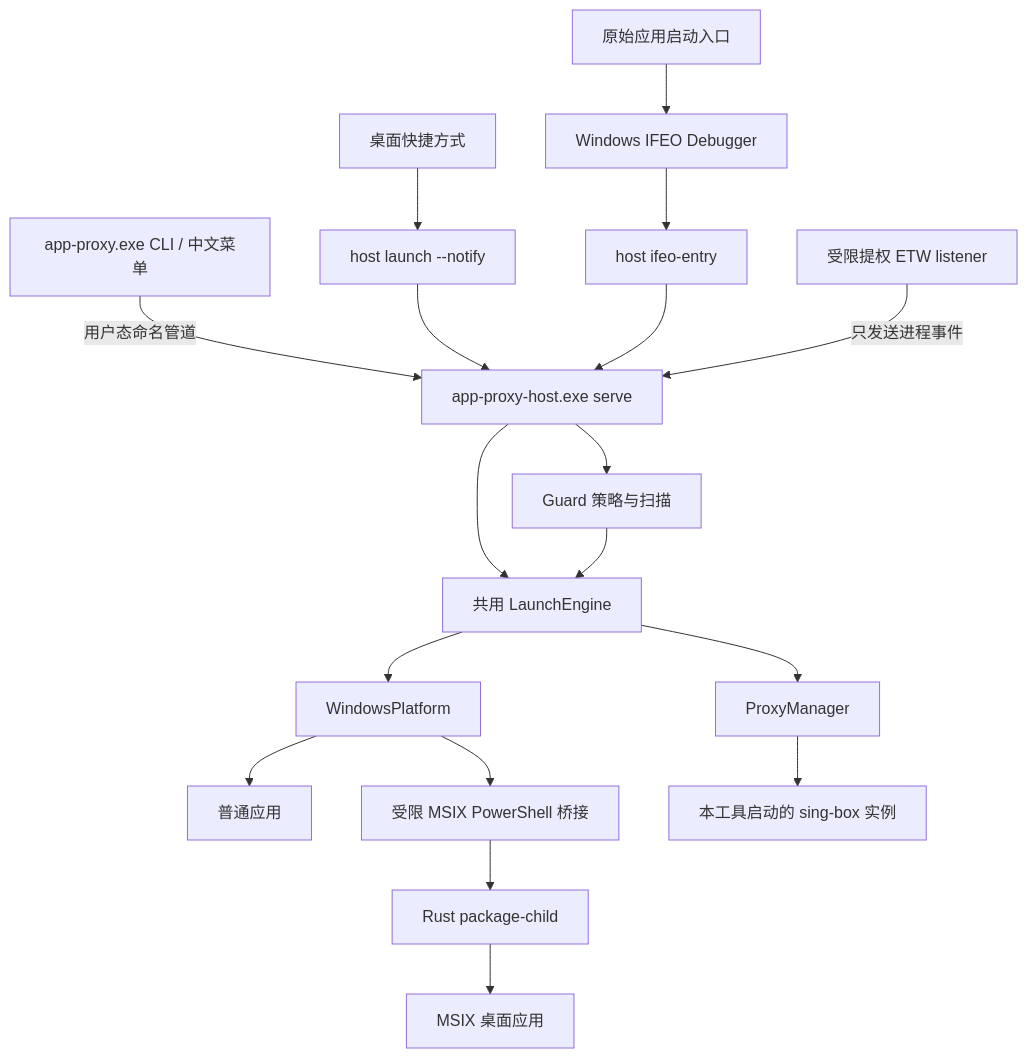
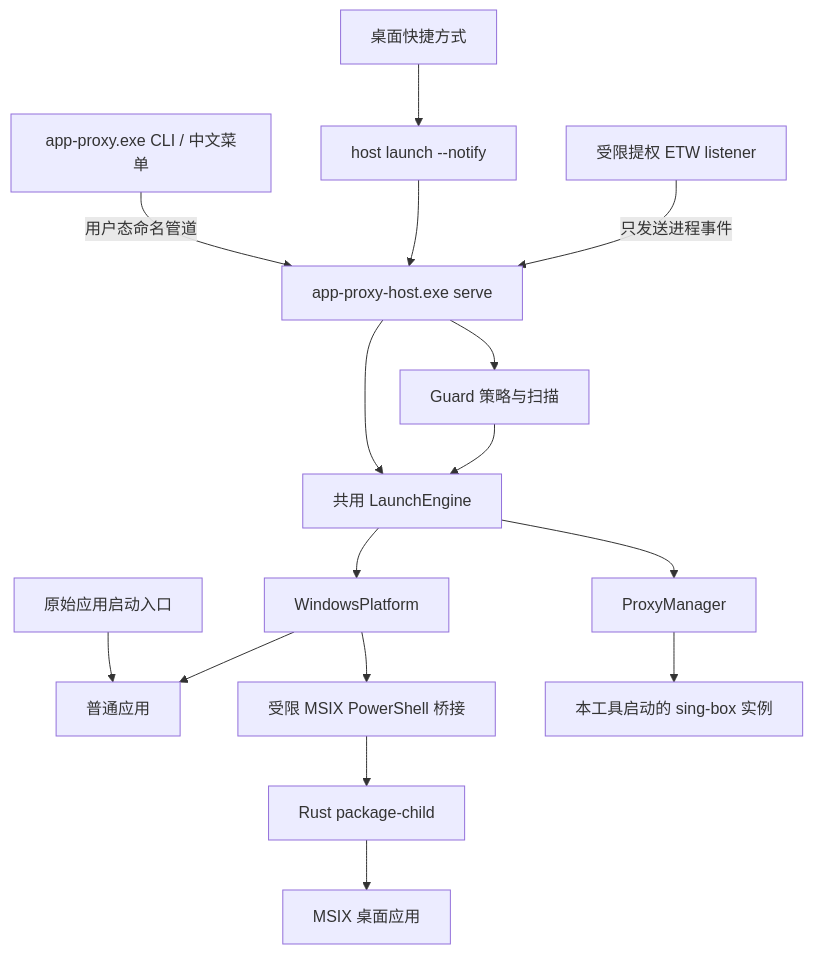
The diagram in rust/docs/01-architecture.md (Klauxs/app_proxy), drawn with Mermaid before and after one commit. The commit also changed other lines of this file and 10 other files, not shown here.

````diff
--- a/rust/docs/01-architecture.md
+++ b/rust/docs/01-architecture.md
@@ -17,20 +17,18 @@
 ```mermaid
 flowchart TD
     CLI[app-proxy.exe CLI / 中文菜单] -->|用户态命名管道| C[app-proxy-host.exe serve]
     Link[桌面快捷方式] --> H[host launch --notify]
     H --> C
-    Original[原始应用启动入口] --> IFEO[Windows IFEO Debugger]
-    IFEO --> I[host ifeo-entry]
-    I --> C
+    Original[原始应用启动入口] --> EXE
     C --> E[共用 LaunchEngine]
     C --> G[Guard 策略与扫描]
     G --> E
     L[受限提权 ETW listener] -->|只发送进程事件| C
     E --> W[WindowsPlatform]
     E --> P[ProxyManager]
     W --> EXE[普通应用]
     W --> PS[受限 MSIX PowerShell 桥接]
     PS --> Child[Rust package-child]
     Child --> MSIX[MSIX 桌面应用]
     P --> SB[本工具启动的 sing-box 实例]
 ```
````
